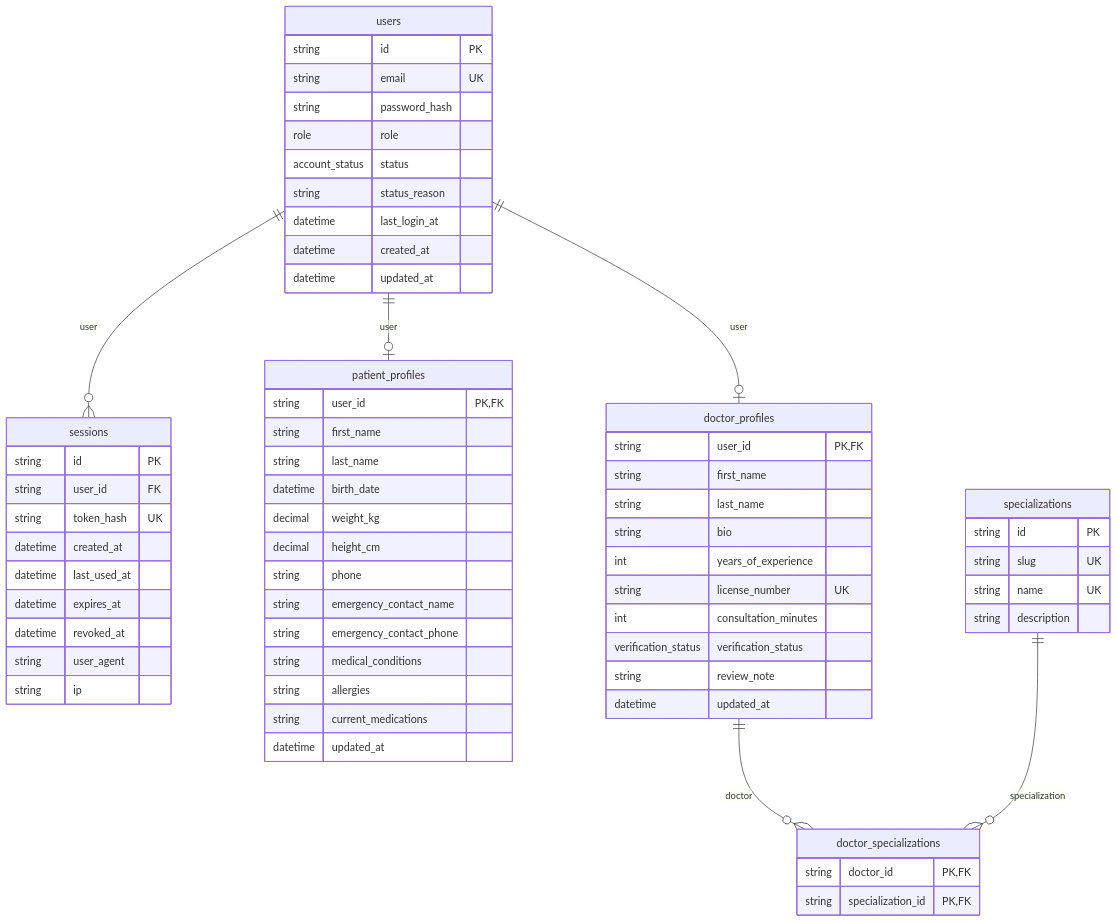
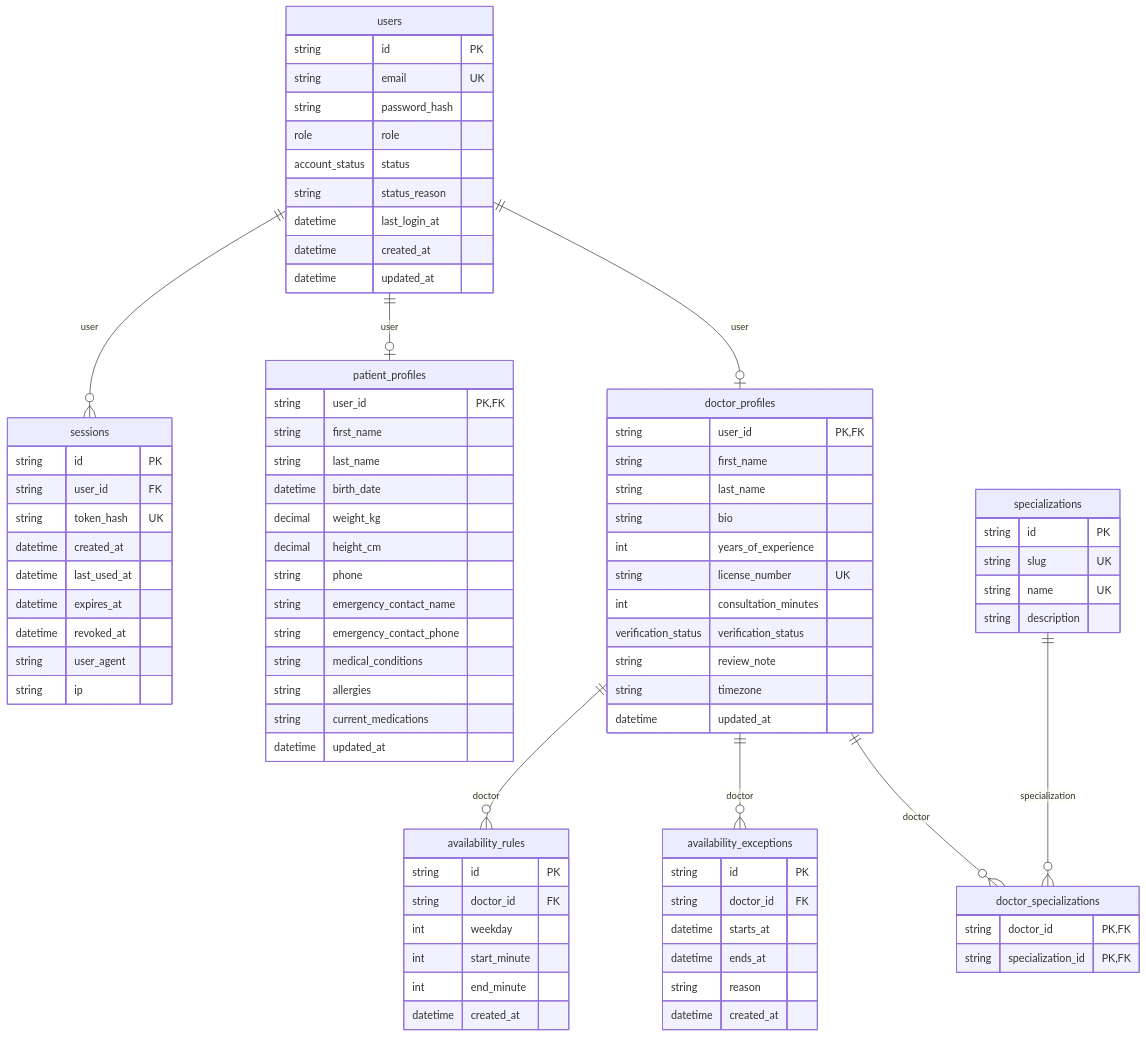
The diagram in docs/architecture/_generated-erd.md (alhexjustine/telehealth), drawn with Mermaid before and after one commit. The commit also changed 44 other files, not shown here.

First line of the commit message:
feat: add doctor schedules, time off, and slot calculation (add-doctor-availability)

````diff
--- a/docs/architecture/_generated-erd.md
+++ b/docs/architecture/_generated-erd.md
@@ -49,7 +49,24 @@
     int consultation_minutes
     verification_status verification_status
     string review_note
+    string timezone
     datetime updated_at
+  }
+  availability_rules {
+    string id PK
+    string doctor_id FK
+    int weekday
+    int start_minute
+    int end_minute
+    datetime created_at
+  }
+  availability_exceptions {
+    string id PK
+    string doctor_id FK
+    datetime starts_at
+    datetime ends_at
+    string reason
+    datetime created_at
   }
   specializations {
     string id PK
@@ -64,6 +81,8 @@
   users ||--o{ sessions : "user"
   users ||--o| patient_profiles : "user"
   users ||--o| doctor_profiles : "user"
+  doctor_profiles ||--o{ availability_rules : "doctor"
+  doctor_profiles ||--o{ availability_exceptions : "doctor"
   doctor_profiles ||--o{ doctor_specializations : "doctor"
   specializations ||--o{ doctor_specializations : "specialization"
 ```
````
